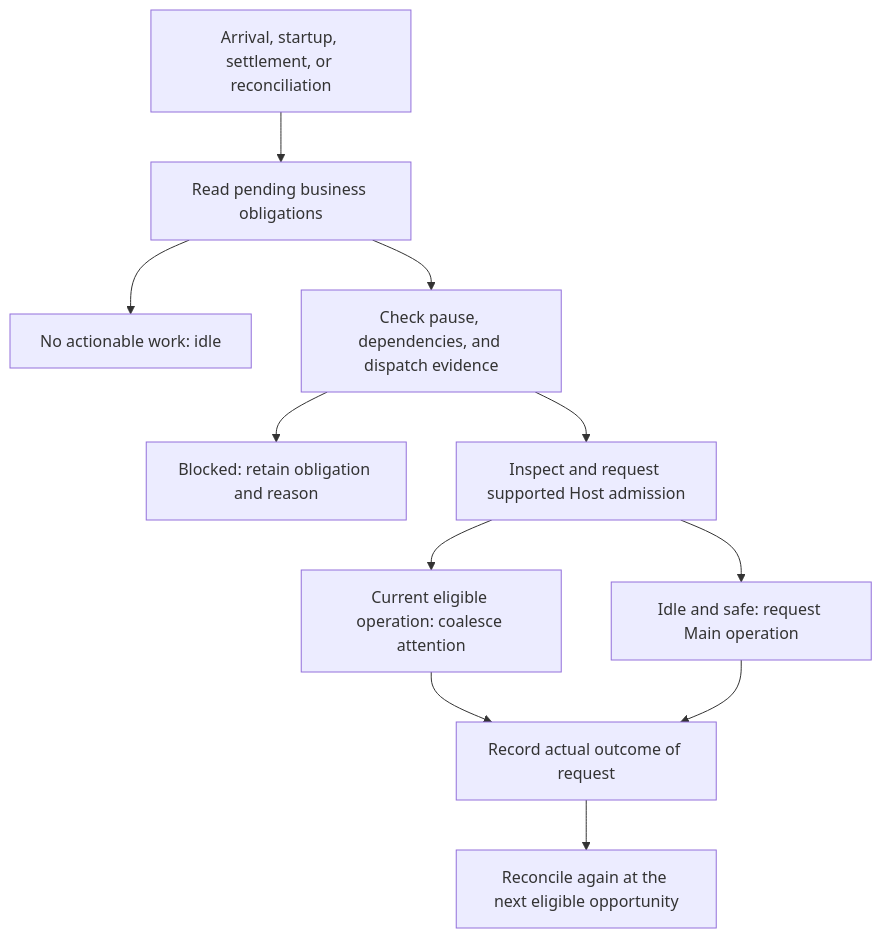
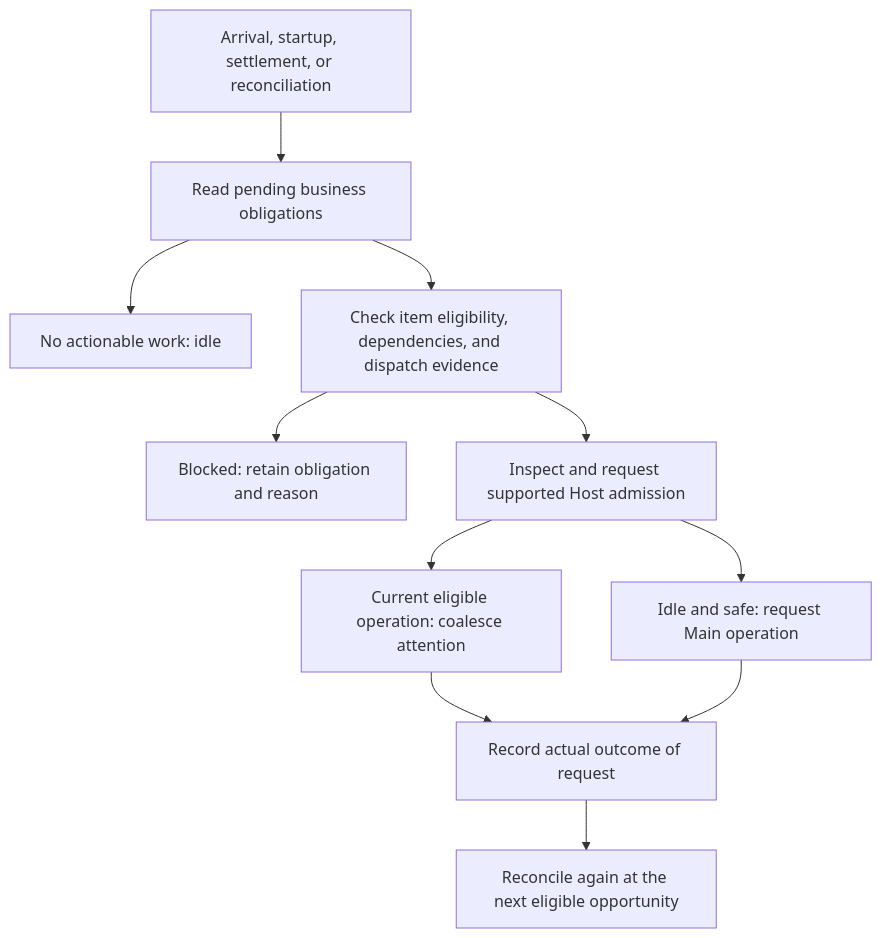
Before and after one commit to Wh1isper/a13n-claw: the diagram in spec/10-one-thread-mode.md, drawn with Mermaid. The commit also changed other lines of this file and 34 other files, not shown here.

````diff
--- a/spec/10-one-thread-mode.md
+++ b/spec/10-one-thread-mode.md
@@ -50,13 +50,13 @@
 ```mermaid
 flowchart TD
     Trigger[Arrival, startup, settlement, or reconciliation] --> Scan[Read pending business obligations]
     Scan --> Empty[No actionable work: idle]
-    Scan --> Gate[Check pause, dependencies, and dispatch evidence]
+    Scan --> Gate[Check item eligibility, dependencies, and dispatch evidence]
     Gate --> Block[Blocked: retain obligation and reason]
     Gate --> Host[Inspect and request supported Host admission]
     Host --> Existing[Current eligible operation: coalesce attention]
     Host --> New[Idle and safe: request Main operation]
     Existing --> Evidence[Record actual outcome of request]
     New --> Evidence
     Evidence --> ScanLater[Reconcile again at the next eligible opportunity]
 ```
````
